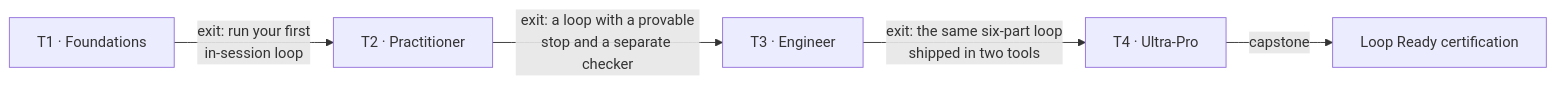
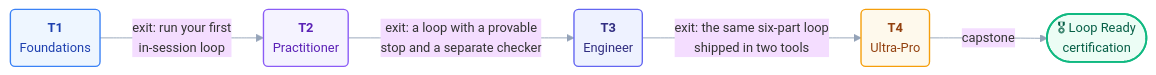
The diagram in docs/learning-tracks.md (ayeshakhalid192007-dev/LoopEngineering-CrashCourse), drawn with Mermaid before and after one commit. The commit also changed 14 other files, not shown here.

First line of the commit message:
Polish Day 1 mermaid diagrams; log the checker/link-check re-run

````diff
--- a/docs/learning-tracks.md
+++ b/docs/learning-tracks.md
@@ -20,7 +20,13 @@
 ```mermaid
+%%{init: {'theme':'base','themeVariables':{'fontFamily':'ui-sans-serif, system-ui, sans-serif','fontSize':'14px','lineColor':'#94a3b8'},'flowchart':{'curve':'basis','nodeSpacing':40,'rankSpacing':70,'padding':10}}}%%
 flowchart LR
-    T1[T1 · Foundations] -->|exit: run your first<br/>in-session loop| T2[T2 · Practitioner]
-    T2 -->|exit: a loop with a provable<br/>stop and a separate checker| T3[T3 · Engineer]
-    T3 -->|exit: the same six-part loop<br/>shipped in two tools| T4[T4 · Ultra-Pro]
-    T4 -->|capstone| C[Loop Ready certification]
+    T1("<b>T1</b><br/>Foundations"):::t1 -->|"exit: run your first<br/>in-session loop"| T2("<b>T2</b><br/>Practitioner"):::t2
+    T2 -->|"exit: a loop with a provable<br/>stop and a separate checker"| T3("<b>T3</b><br/>Engineer"):::t3
+    T3 -->|"exit: the same six-part loop<br/>shipped in two tools"| T4("<b>T4</b><br/>Ultra-Pro"):::t4
+    T4 -->|capstone| C(["🎖 Loop Ready<br/>certification"]):::cert
+    classDef t1 fill:#eef6ff,stroke:#3b82f6,stroke-width:1.5px,color:#1e40af;
+    classDef t2 fill:#f5f3ff,stroke:#8b5cf6,stroke-width:1.5px,color:#5b21b6;
+    classDef t3 fill:#eef2ff,stroke:#6366f1,stroke-width:1.5px,color:#312e81;
+    classDef t4 fill:#fef9ec,stroke:#f59e0b,stroke-width:1.5px,color:#92400e;
+    classDef cert fill:#ecfdf5,stroke:#10b981,stroke-width:2px,color:#065f46;
 ```
````
